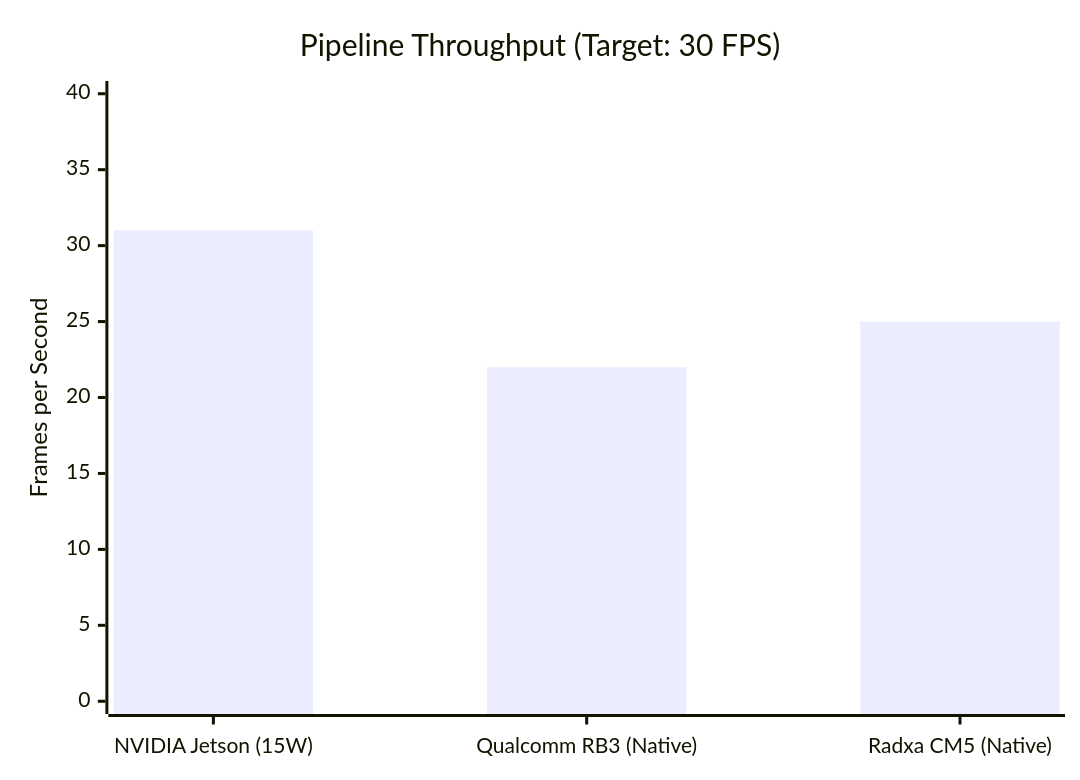
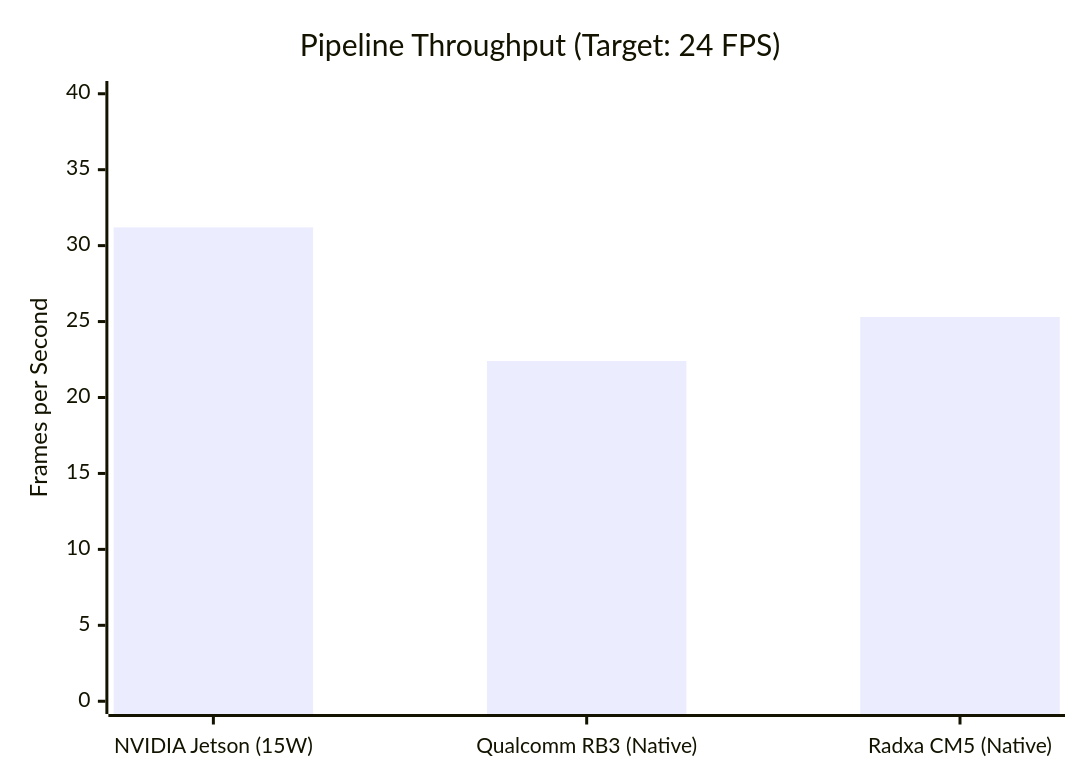
The seventh of 9 diagrams in PRESENTATION_TF_DEPLOYMENT.md (zok213/DAT1), drawn with Mermaid before and after one commit. The commit also changed other lines of this file and 2 other files, not shown here.

Commit message:
docs: Update throughput FPS numbers to realistic decimals and set 24 FPS target

````diff
--- a/PRESENTATION_TF_DEPLOYMENT.md
+++ b/PRESENTATION_TF_DEPLOYMENT.md
@@ -181,7 +181,7 @@
 ```mermaid
 xychart-beta
-    title "Pipeline Throughput (Target: 30 FPS)"
+    title "Pipeline Throughput (Target: 24 FPS)"
     x-axis ["NVIDIA Jetson (15W)", "Qualcomm RB3 (Native)", "Radxa CM5 (Native)"]
     y-axis "Frames per Second" 0.0 --> 40.0
-    bar [31.0, 22.0, 25.0]
+    bar [31.2, 22.4, 25.3]
 ```
````
